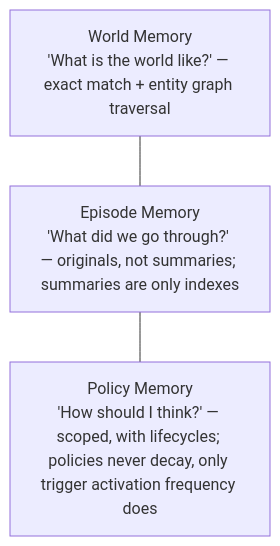
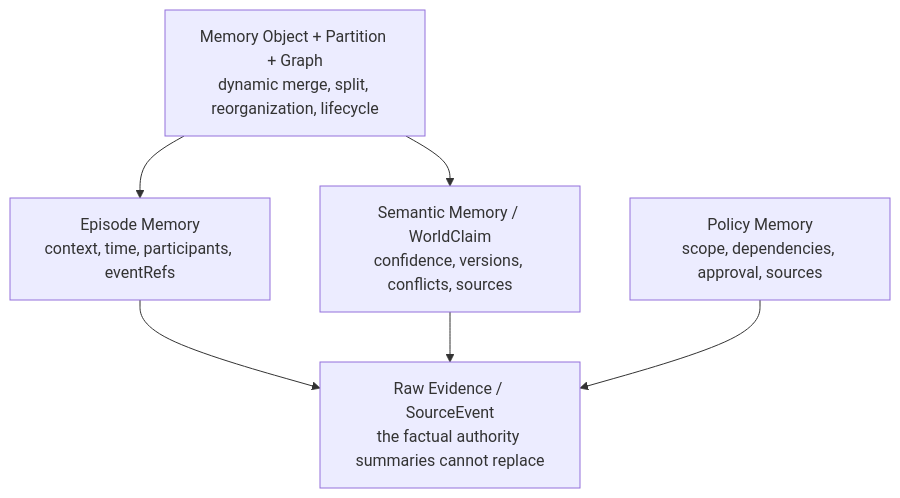
The second of 3 diagrams in README.en.md (MattSureham/memoryd), drawn with Mermaid before and after one commit. The commit also changed other lines of this file and 34 other files, not shown here.

Commit message:
feat: add adaptive self-evolving memory architecture

````diff
--- a/README.en.md
+++ b/README.en.md
@@ -29,7 +31,11 @@
 ```mermaid
 flowchart TB
-    W["World Memory<br/>'What is the world like?' — exact match + entity graph traversal"]
-    E["Episode Memory<br/>'What did we go through?' — originals, not summaries; summaries are only indexes"]
-    P["Policy Memory<br/>'How should I think?' — scoped, with lifecycles; policies never decay, only trigger activation frequency does"]
-    W --- E --- P
+    R["Raw Evidence / SourceEvent<br/>the factual authority summaries cannot replace"]
+    E["Episode Memory<br/>context, time, participants, eventRefs"]
+    S["Semantic Memory / WorldClaim<br/>confidence, versions, conflicts, sources"]
+    P["Policy Memory<br/>scope, dependencies, approval, sources"]
+    O["Memory Object + Partition + Graph<br/>dynamic merge, split, reorganization, lifecycle"]
+    O --> E --> R
+    O --> S --> R
+    P --> R
 ```
````
